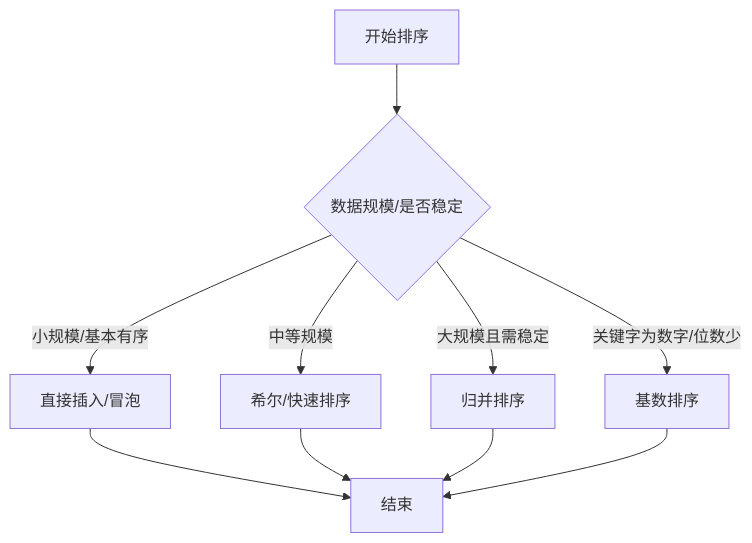
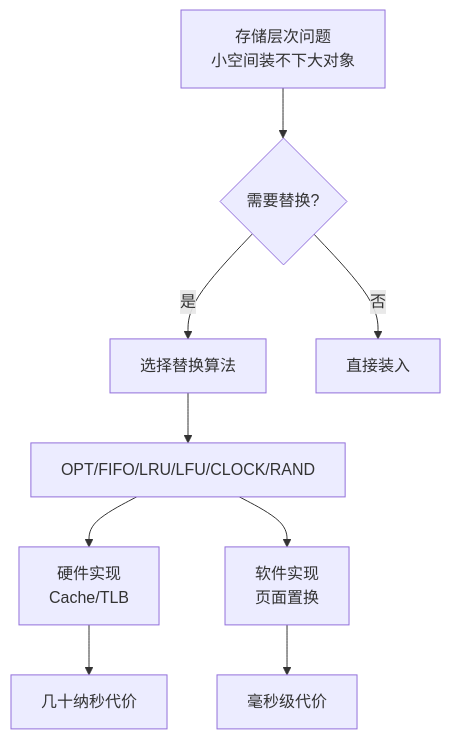
Before and after one commit to CQstory/study-notes: the third of 4 diagrams in .qoder/repowiki/zh/content/408专业课学习指南/408专业课学习指南.md, drawn with Mermaid. The commit also changed other lines of this file and 52 other files, not shown here.

````diff
--- a/.qoder/repowiki/zh/content/408专业课学习指南/408专业课学习指南.md
+++ b/.qoder/repowiki/zh/content/408专业课学习指南/408专业课学习指南.md
@@ -281,12 +133,11 @@
 ```mermaid
 flowchart TD
-A["开始排序"] --> B{"数据规模/是否稳定"}
-B -- 小规模/基本有序 --> C["直接插入/冒泡"]
-B -- 中等规模 --> D["希尔/快速排序"]
-B -- 大规模且需稳定 --> E["归并排序"]
-B -- 关键字为数字/位数少 --> F["基数排序"]
-C --> G["结束"]
-D --> G
-E --> G
-F --> G
+A["存储层次问题<br/>小空间装不下大对象"] --> B{"需要替换?"}
+B -- 是 --> C["选择替换算法"]
+B -- 否 --> D["直接装入"]
+C --> E["OPT/FIFO/LRU/LFU/CLOCK/RAND"]
+E --> F["硬件实现<br/>Cache/TLB"]
+E --> G["软件实现<br/>页面置换"]
+F --> H["几十纳秒代价"]
+G --> I["毫秒级代价"]
 ```
````
